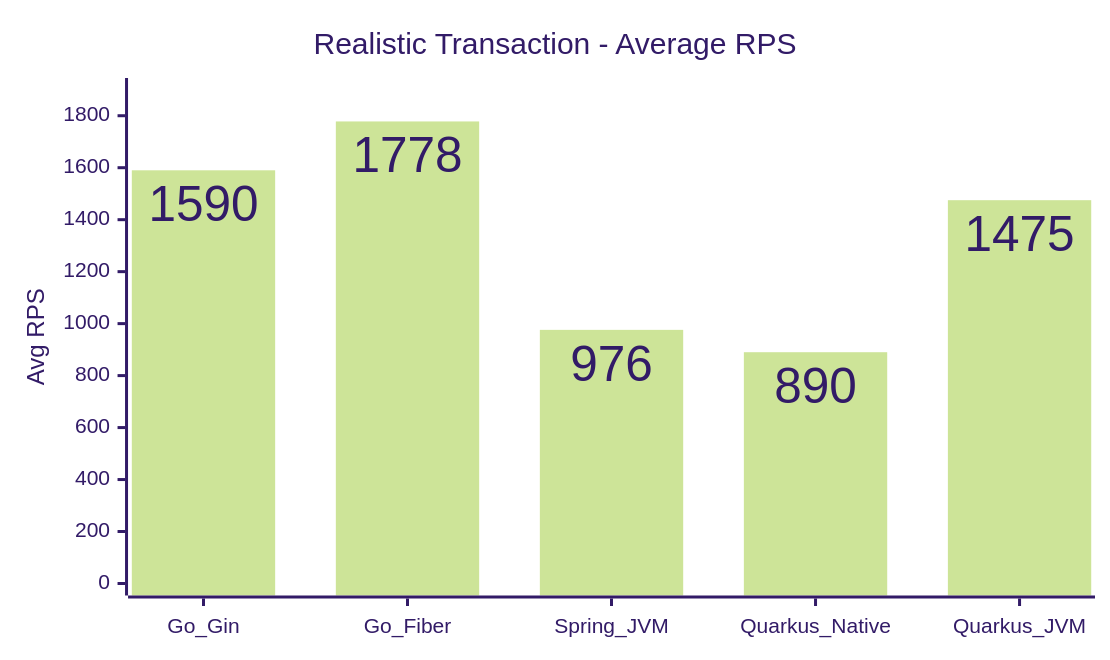
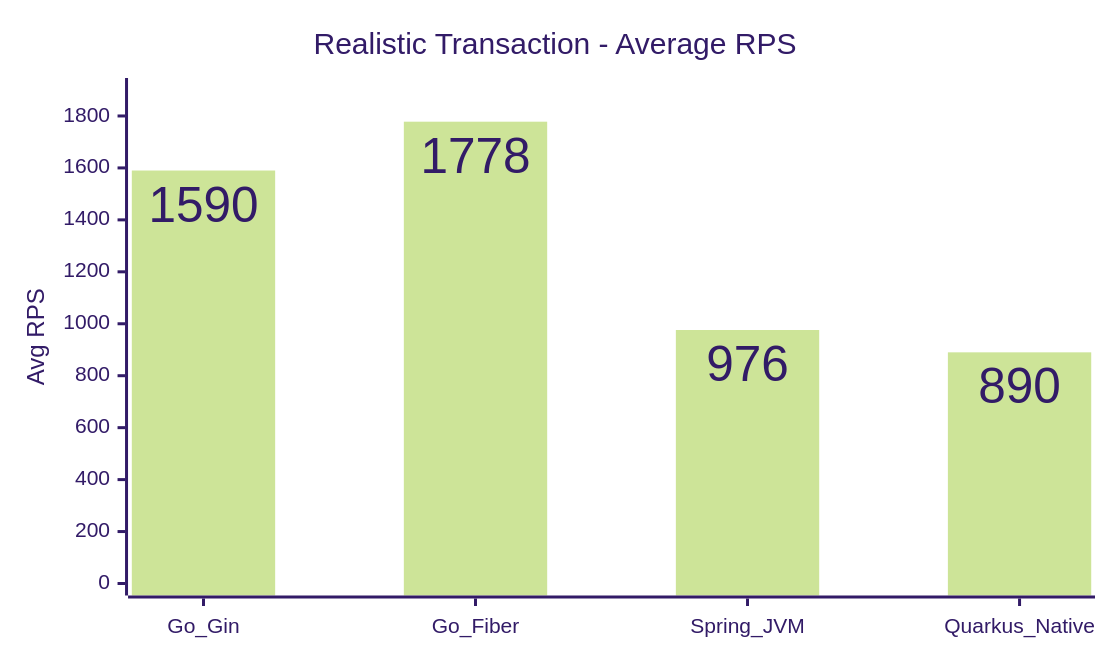
One commit to hiiamtin/go-vs-java changed the first of 15 diagrams in COMPARISON_REPORT.md. Above: the diagram before and after it, drawn with Mermaid (forest theme). The commit also changed other lines of this file and 90 other files, not shown here.

Commit message:
Remove Quarkus JVM variant and refresh benchmark results

````diff
--- a/COMPARISON_REPORT.md
+++ b/COMPARISON_REPORT.md
@@ -46,14 +50,14 @@
 ```mermaid
 ---
 config:
   xyChart:
     width: 720
     height: 420
     showDataLabel: true
 ---
 xychart
     title "Realistic Transaction - Average RPS"
-    x-axis [Go_Gin, Go_Fiber, Spring_JVM, Quarkus_Native, Quarkus_JVM]
-    y-axis "Avg RPS" 0 --> 1899
-    bar [1590, 1778, 976, 890, 1475]
+    x-axis [Go_Gin, Go_Fiber, Spring_JVM, Quarkus_Native]
+    y-axis "Avg RPS" 0 --> 1900
+    bar [1590, 1778, 976, 890]
 ```
````
